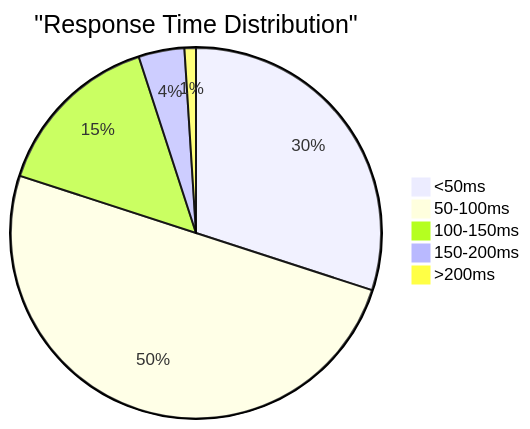
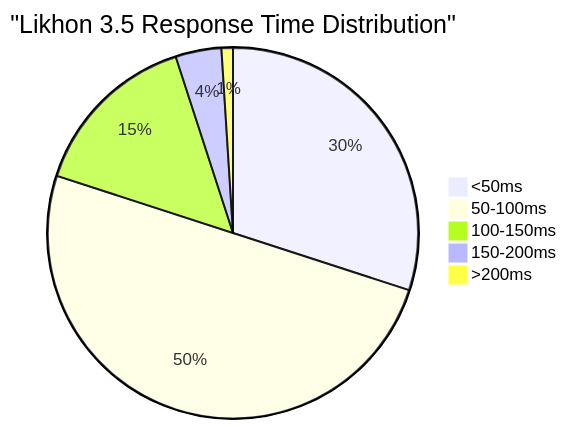
One commit to nectariferous/likhon-3.5 changed the fourth of 6 diagrams in README.md. Above: the diagram before and after it, drawn with Mermaid. The commit also changed other lines of this file, not shown here.

````diff
--- a/README.md
+++ b/README.md
@@ -140,9 +124,9 @@
 ```mermaid
 pie
-    title "Response Time Distribution"
+    title "Likhon 3.5 Response Time Distribution"
     "<50ms" : 30
     "50-100ms" : 50
     "100-150ms" : 15
     "150-200ms" : 4
     ">200ms" : 1
 ```
````
